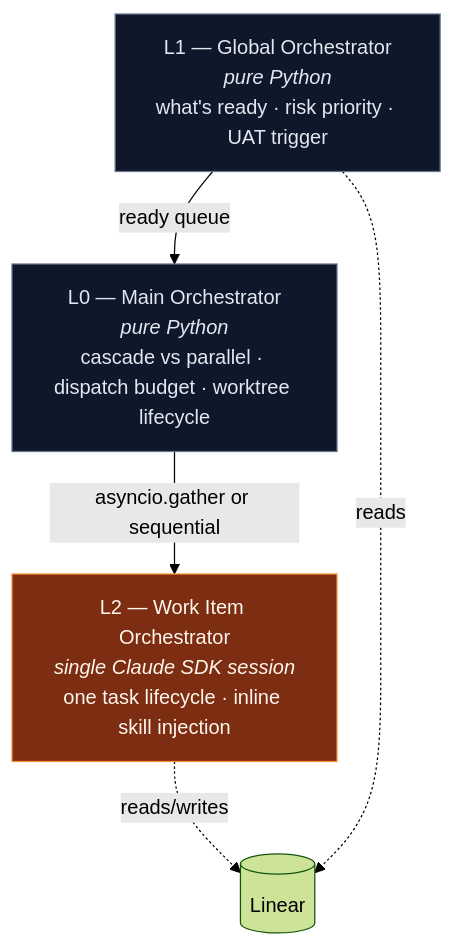
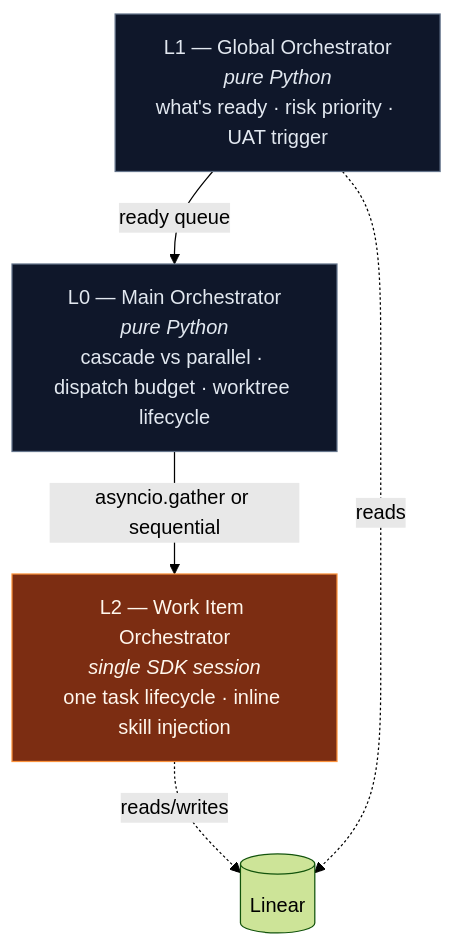
One commit to hugo-hsbtech/task-management-agents changed the third of 7 diagrams in README.md. Above: the diagram before and after it, drawn with Mermaid (forest theme). The commit also changed other lines of this file, not shown here.

````diff
--- a/README.md
+++ b/README.md
@@ -76,16 +157,16 @@
 ```mermaid
 flowchart TB
     L0["L0 — Main Orchestrator<br/><i>pure Python</i><br/>cascade vs parallel · dispatch budget · worktree lifecycle"]
     L1["L1 — Global Orchestrator<br/><i>pure Python</i><br/>what's ready · risk priority · UAT trigger"]
-    L2["L2 — Work Item Orchestrator<br/><i>single Claude SDK session</i><br/>one task lifecycle · inline skill injection"]
+    L2["L2 — Work Item Orchestrator<br/><i>single SDK session</i><br/>one task lifecycle · inline skill injection"]
 
     L0 -->|"asyncio.gather or sequential"| L2
     L1 -->|"ready queue"| L0
     L2 -.->|"reads/writes"| Linear[(Linear)]
     L1 -.->|"reads"| Linear
 
     classDef det fill:#0f172a,stroke:#64748b,color:#e2e8f0;
     classDef llm fill:#7c2d12,stroke:#fb923c,color:#fff7ed;
     class L0,L1 det;
     class L2 llm;
 ```
````
